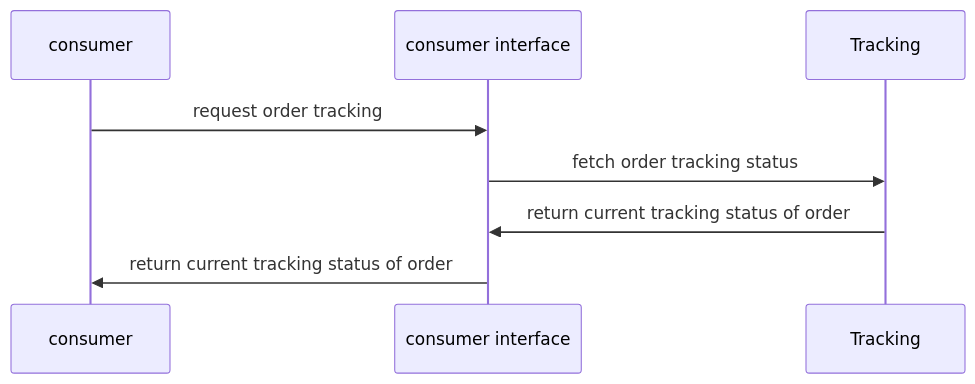
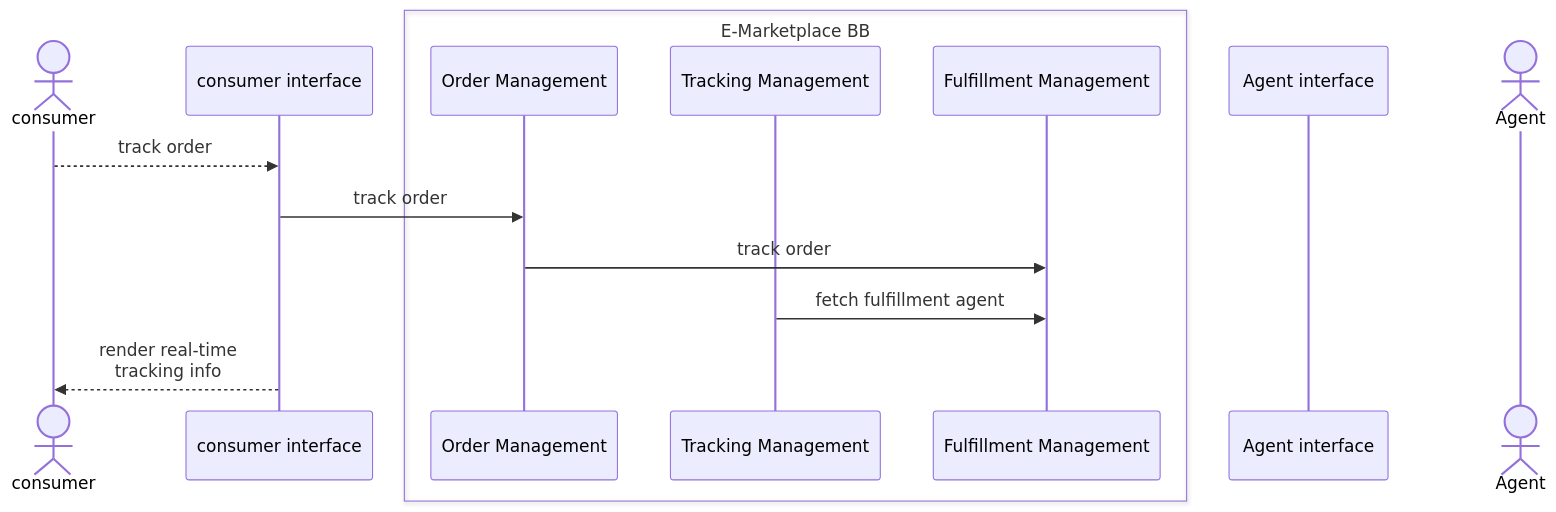
One commit to GovStackWorkingGroup/bb-emarketplace changed the seventh of 15 diagrams in spec/9-workflows.md. Above: the diagram before and after it, drawn with Mermaid.

Commit message:
GITBOOK-55: Update Sequence Diagram - Tracking the Fulfillment of an Order

````diff
--- a/spec/9-workflows.md
+++ b/spec/9-workflows.md
@@ -211,8 +211,19 @@
 ```mermaid
 sequenceDiagram
-consumer->>consumer interface: request order tracking
-    consumer interface->>Tracking:fetch order tracking status
-Tracking->>consumer interface: return current tracking status of order
-    consumer interface->>consumer: return current tracking status of order
+    Actor consumer
+    participant consumer interface
+    box E-Marketplace BB
+    participant Order Management
+    participant Tracking Management
+    participant Fulfillment Management
+    end
+    participant Agent interface
+    Actor Agent
+    consumer-->>consumer interface: track order
+    consumer interface->>Order Management: track order
+    Order Management->>Fulfillment Management: track order
+    Tracking Management->>Fulfillment Management: fetch fulfillment agent
+    
+    consumer interface-->>consumer: render real-time <br/> tracking info
     
 ```
````
